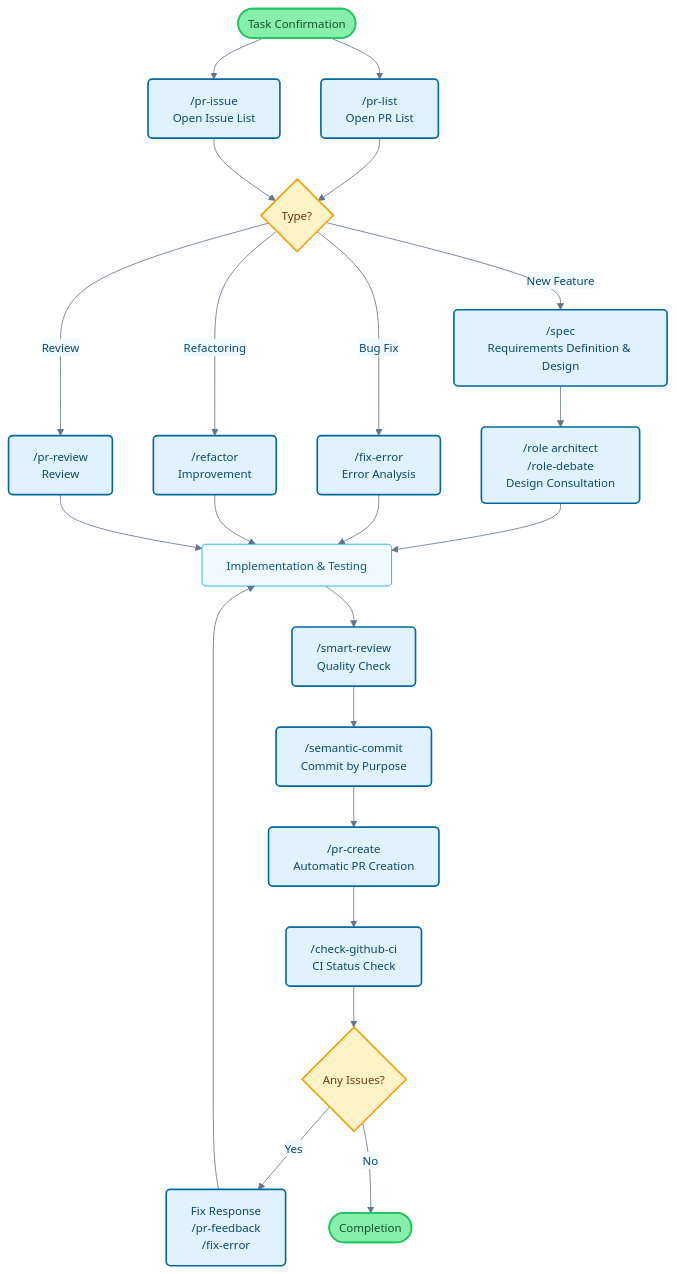
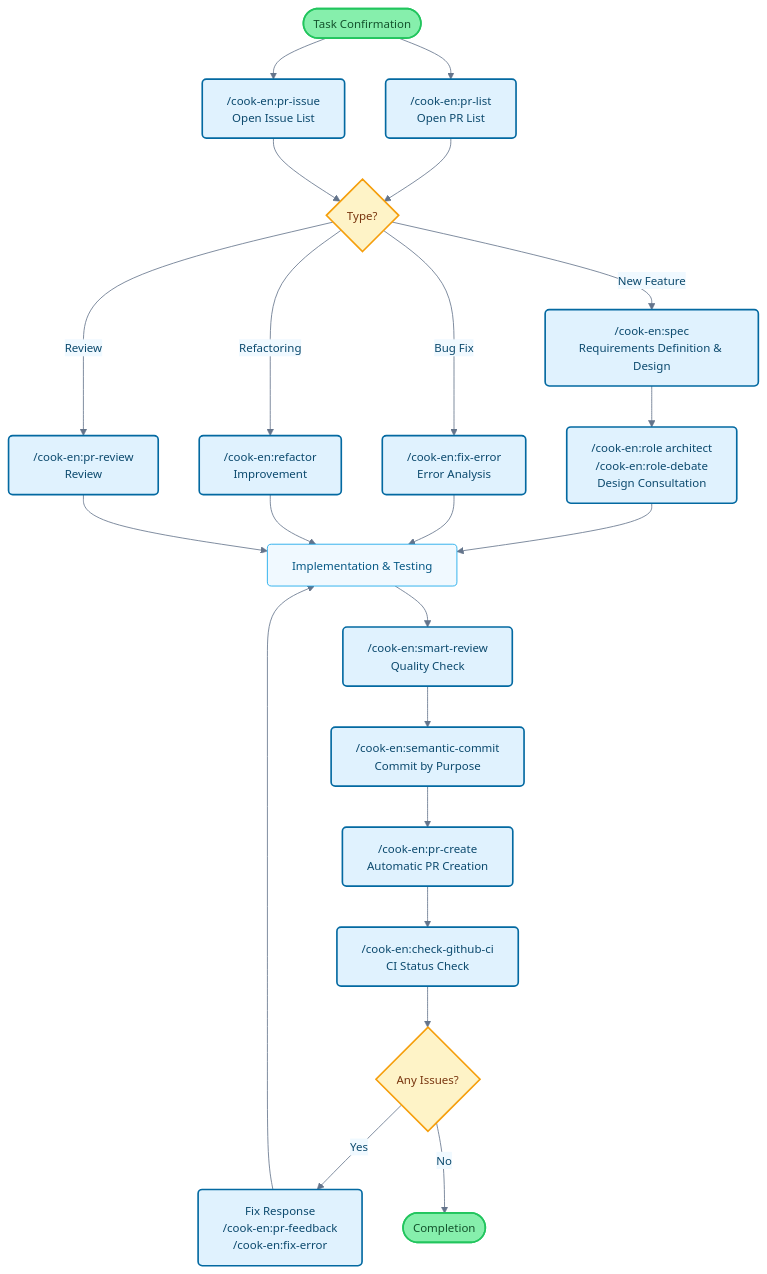
Before and after one commit to wasabeef/claude-code-cookbook: the diagram in plugins/en/README.md, drawn with Mermaid. The commit also changed 8 other files, not shown here.

Commit message:
docs: add plugin namespace prefix to Mermaid flowchart commands

````diff
--- a/plugins/en/README.md
+++ b/plugins/en/README.md
@@ -114,42 +114,42 @@
 ```mermaid
 flowchart TB
-    Start([Task Confirmation]) --> PRList["/pr-list<br/>Open PR List"]
-    Start --> PRIssue["/pr-issue<br/>Open Issue List"]
+    Start([Task Confirmation]) --> PRList["/cook-en:pr-list<br/>Open PR List"]
+    Start --> PRIssue["/cook-en:pr-issue<br/>Open Issue List"]
 
     PRList --> TaskType{Type?}
     PRIssue --> TaskType
 
-    TaskType -->|New Feature| Plan["/spec<br/>Requirements Definition & Design"]
-    TaskType -->|Bug Fix| Fix["/fix-error<br/>Error Analysis"]
-    TaskType -->|Refactoring| Refactor["/refactor<br/>Improvement"]
-    TaskType -->|Review| Review["/pr-review<br/>Review"]
+    TaskType -->|New Feature| Plan["/cook-en:spec<br/>Requirements Definition & Design"]
+    TaskType -->|Bug Fix| Fix["/cook-en:fix-error<br/>Error Analysis"]
+    TaskType -->|Refactoring| Refactor["/cook-en:refactor<br/>Improvement"]
+    TaskType -->|Review| Review["/cook-en:pr-review<br/>Review"]
 
-    Plan --> Design["/role architect<br/>/role-debate<br/>Design Consultation"]
+    Plan --> Design["/cook-en:role architect<br/>/cook-en:role-debate<br/>Design Consultation"]
     Design --> Implementation[Implementation & Testing]
     Fix --> Implementation
     Refactor --> Implementation
     Review --> Implementation
 
-    Implementation --> Check["/smart-review<br/>Quality Check"]
-    Check --> Commit["/semantic-commit<br/>Commit by Purpose"]
-    Commit --> PR["/pr-create<br/>Automatic PR Creation"]
-    PR --> CI["/check-github-ci<br/>CI Status Check"]
+    Implementation --> Check["/cook-en:smart-review<br/>Quality Check"]
+    Check --> Commit["/cook-en:semantic-commit<br/>Commit by Purpose"]
+    Commit --> PR["/cook-en:pr-create<br/>Automatic PR Creation"]
+    PR --> CI["/cook-en:check-github-ci<br/>CI Status Check"]
 
     CI --> Status{Any Issues?}
-    Status -->|Yes| Feedback["Fix Response<br/>/pr-feedback<br/>/fix-error"]
+    Status -->|Yes| Feedback["Fix Response<br/>/cook-en:pr-feedback<br/>/cook-en:fix-error"]
     Status -->|No| End([Completion])
 
     Feedback --> Implementation
 
     classDef commandBox fill:#e0f2fe,stroke:#0369a1,stroke-width:2px,rx:5,ry:5,color:#0c4a6e
     classDef processBox fill:#f0f9ff,stroke:#0ea5e9,stroke-width:1px,rx:5,ry:5,color:#075985
     classDef decisionBox fill:#fef3c7,stroke:#f59e0b,stroke-width:2px,rx:5,ry:5,color:#78350f
     classDef startEnd fill:#86efac,stroke:#22c55e,stroke-width:2px,rx:20,ry:20,color:#14532d
 
     class PRList,PRIssue,Plan,Fix,Refactor,Review,Design,Check,CI,Commit,PR,Feedback commandBox
     class Implementation processBox
     class TaskType,Status decisionBox
     class Start,End startEnd
 
     %%{init: {'theme':'base', 'themeVariables': { 'primaryColor':'#e0f2fe', 'primaryTextColor':'#0c4a6e', 'primaryBorderColor':'#0369a1', 'lineColor':'#64748b', 'secondaryColor':'#f0f9ff', 'background':'#ffffff', 'mainBkg':'#ffffff', 'fontSize': '14px'}}}%%
 ```
````
